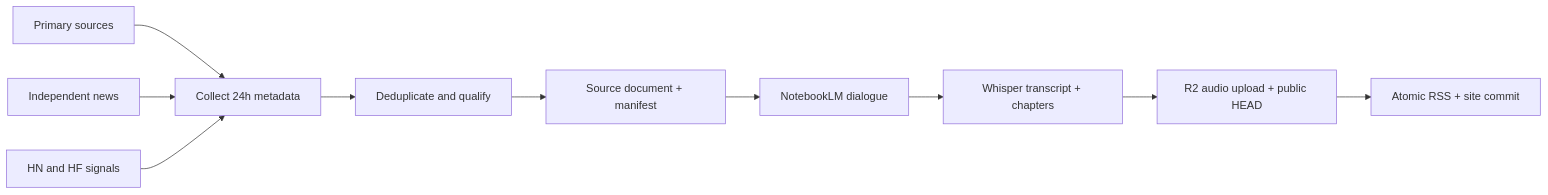
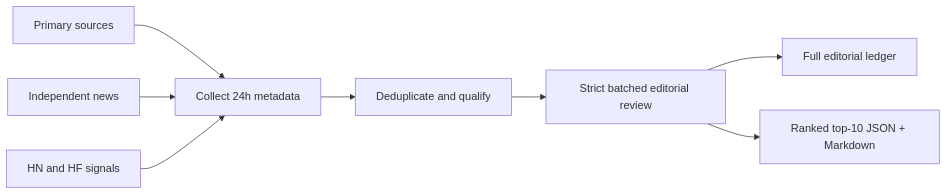
The diagram in README.md (lifan-builds/ai-builder-brief), drawn with Mermaid before and after one commit. The commit also changed other lines of this file and 9 other files, not shown here.

````diff
--- a/README.md
+++ b/README.md
@@ -21,12 +21,10 @@
 ```mermaid
 flowchart LR
   P[Primary sources] --> C[Collect 24h metadata]
   N[Independent news] --> C
   S[HN and HF signals] --> C
   C --> D[Deduplicate and qualify]
-  D --> M[Source document + manifest]
-  M --> A[NotebookLM dialogue]
-  A --> T[Whisper transcript + chapters]
-  T --> R[R2 audio upload + public HEAD]
-  R --> F[Atomic RSS + site commit]
+  D --> E[Strict batched editorial review]
+  E --> J[Full editorial ledger]
+  E --> R[Ranked top-10 JSON + Markdown]
 ```
````
